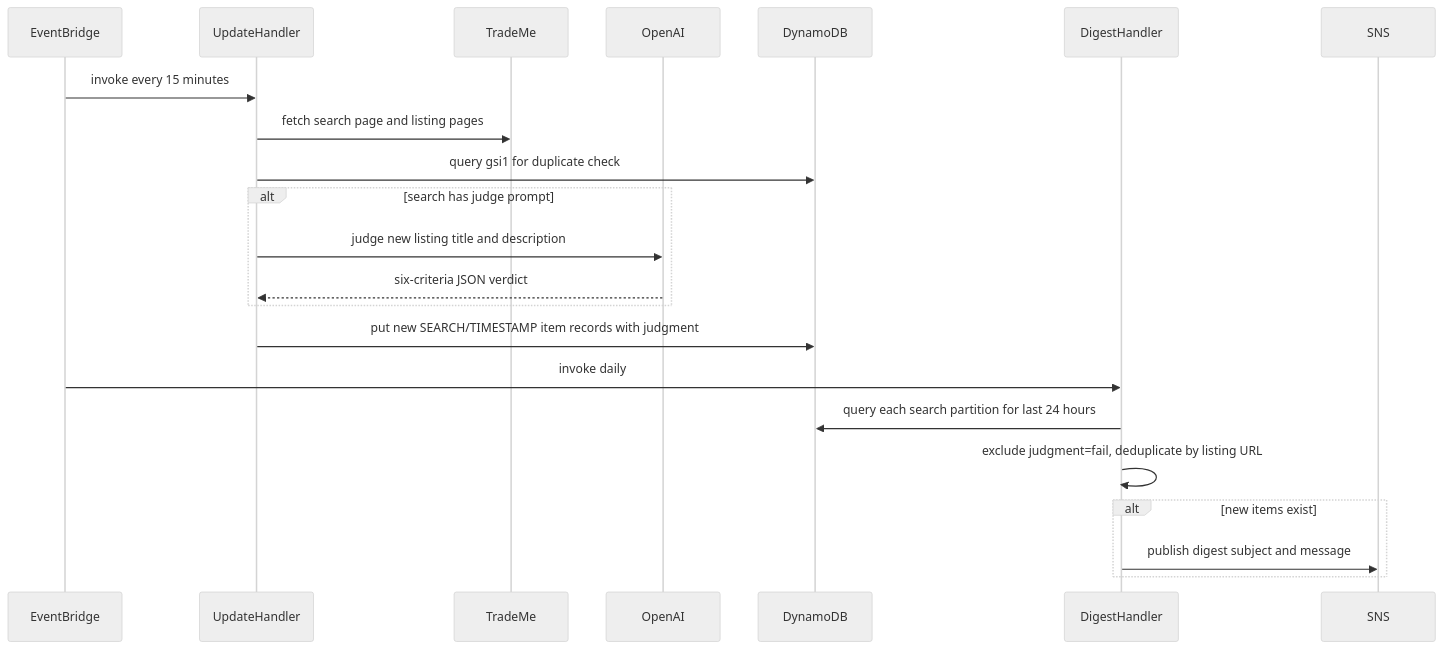
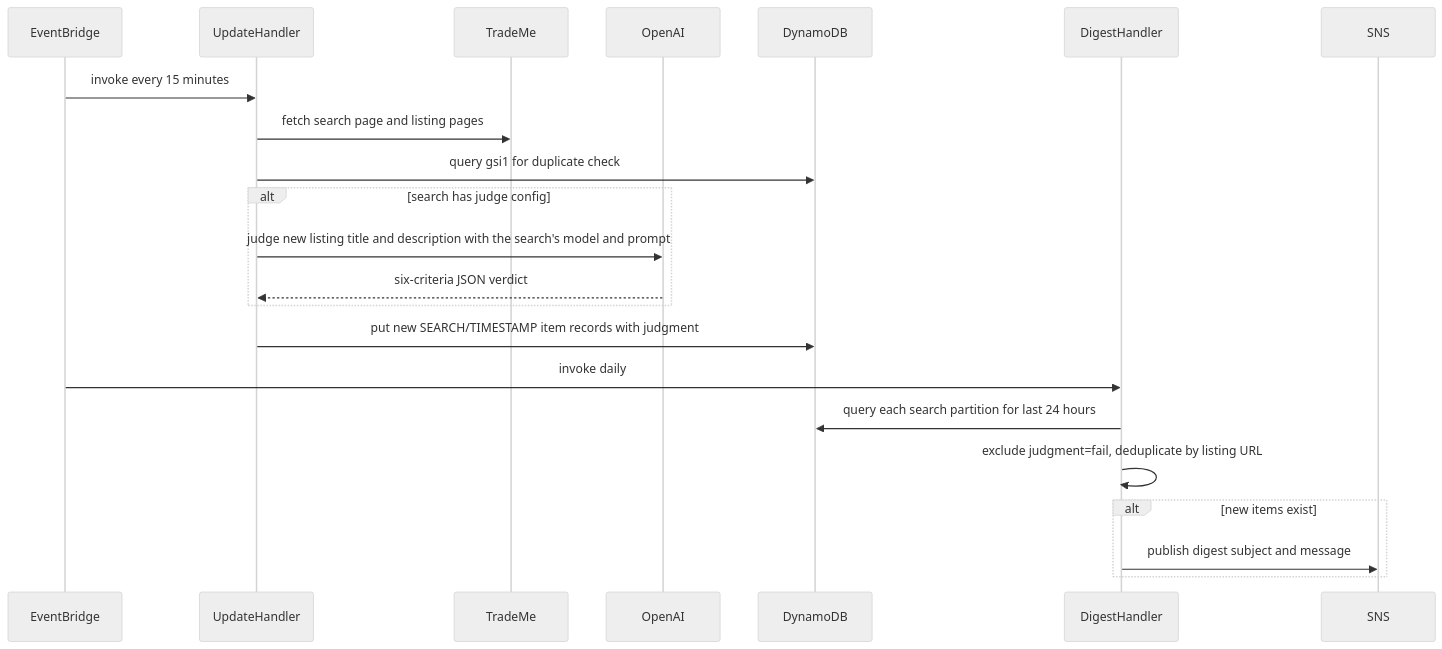
The second of 2 diagrams in auction_tracker_api/README.md (jordansimsmith/jordansimsmith-com), drawn with Mermaid (neutral theme) before and after one commit. The commit also changed other lines of this file and 9 other files, not shown here.

Commit message:
Carry judge configuration on the search record

````diff
--- a/auction_tracker_api/README.md
+++ b/auction_tracker_api/README.md
@@ -61,25 +63,25 @@
 ```mermaid
 sequenceDiagram
   participant EventBridge
   participant UpdateHandler
   participant TradeMe
   participant OpenAI
   participant DynamoDB
   participant DigestHandler
   participant SNS
 
   EventBridge->>UpdateHandler: invoke every 15 minutes
   UpdateHandler->>TradeMe: fetch search page and listing pages
   UpdateHandler->>DynamoDB: query gsi1 for duplicate check
-  alt search has judge prompt
-    UpdateHandler->>OpenAI: judge new listing title and description
+  alt search has judge config
+    UpdateHandler->>OpenAI: judge new listing title and description with the search's model and prompt
     OpenAI-->>UpdateHandler: six-criteria JSON verdict
   end
   UpdateHandler->>DynamoDB: put new SEARCH/TIMESTAMP item records with judgment
   EventBridge->>DigestHandler: invoke daily
   DigestHandler->>DynamoDB: query each search partition for last 24 hours
   DigestHandler->>DigestHandler: exclude judgment=fail, deduplicate by listing URL
   alt new items exist
     DigestHandler->>SNS: publish digest subject and message
   end
 ```
````
